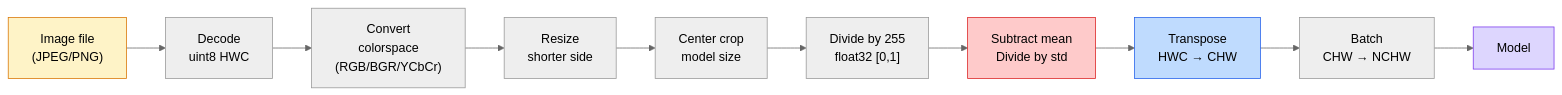
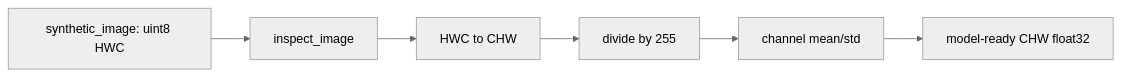
The diagram in phases/04-computer-vision/01-image-fundamentals/docs/en.md (t3mr0i/ai-engineering-from-scratch), drawn with Mermaid (neutral theme) before and after one commit. The commit also changed other lines of this file and 98 other files, not shown here.

````diff
--- a/phases/04-computer-vision/01-image-fundamentals/docs/en.md
+++ b/phases/04-computer-vision/01-image-fundamentals/docs/en.md
@@ -31,17 +24,8 @@
 ```mermaid
 flowchart LR
-    A["Image file<br/>(JPEG/PNG)"] --> B["Decode<br/>uint8 HWC"]
-    B --> C["Convert<br/>colorspace<br/>(RGB/BGR/YCbCr)"]
-    C --> D["Resize<br/>shorter side"]
-    D --> E["Center crop<br/>model size"]
-    E --> F["Divide by 255<br/>float32 [0,1]"]
-    F --> G["Subtract mean<br/>Divide by std"]
-    G --> H["Transpose<br/>HWC → CHW"]
-    H --> I["Batch<br/>CHW → NCHW"]
-    I --> J["Model"]
-
-    style A fill:#fef3c7,stroke:#d97706
-    style J fill:#ddd6fe,stroke:#7c3aed
-    style G fill:#fecaca,stroke:#dc2626
-    style H fill:#bfdbfe,stroke:#2563eb
+    A["synthetic_image: uint8 HWC"] --> B["inspect_image"]
+    B --> C["HWC to CHW"]
+    C --> D["divide by 255"]
+    D --> E["channel mean/std"]
+    E --> F["model-ready CHW float32"]
 ```
````
